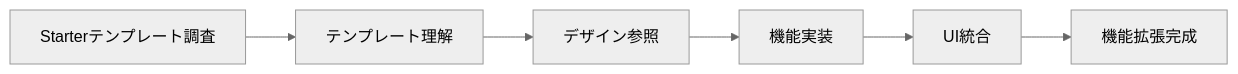
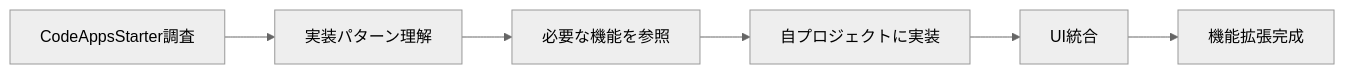
One commit to PLUG365/DecisionFlow changed the fourth of 6 diagrams in README.md. Above: the diagram before and after it, drawn with Mermaid (neutral theme). The commit also changed other lines of this file, not shown here.

````diff
--- a/README.md
+++ b/README.md
@@ -313,8 +355,8 @@
 ```mermaid
 graph LR
-    A[Starterテンプレート調査] --> B[テンプレート理解]
-    B --> C[デザイン参照]
-    C --> D[機能実装]
+    A[CodeAppsStarter調査] --> B[実装パターン理解]
+    B --> C[必要な機能を参照]
+    C --> D[自プロジェクトに実装]
     D --> E[UI統合]
     E --> F[機能拡張完成]
 ```
````
